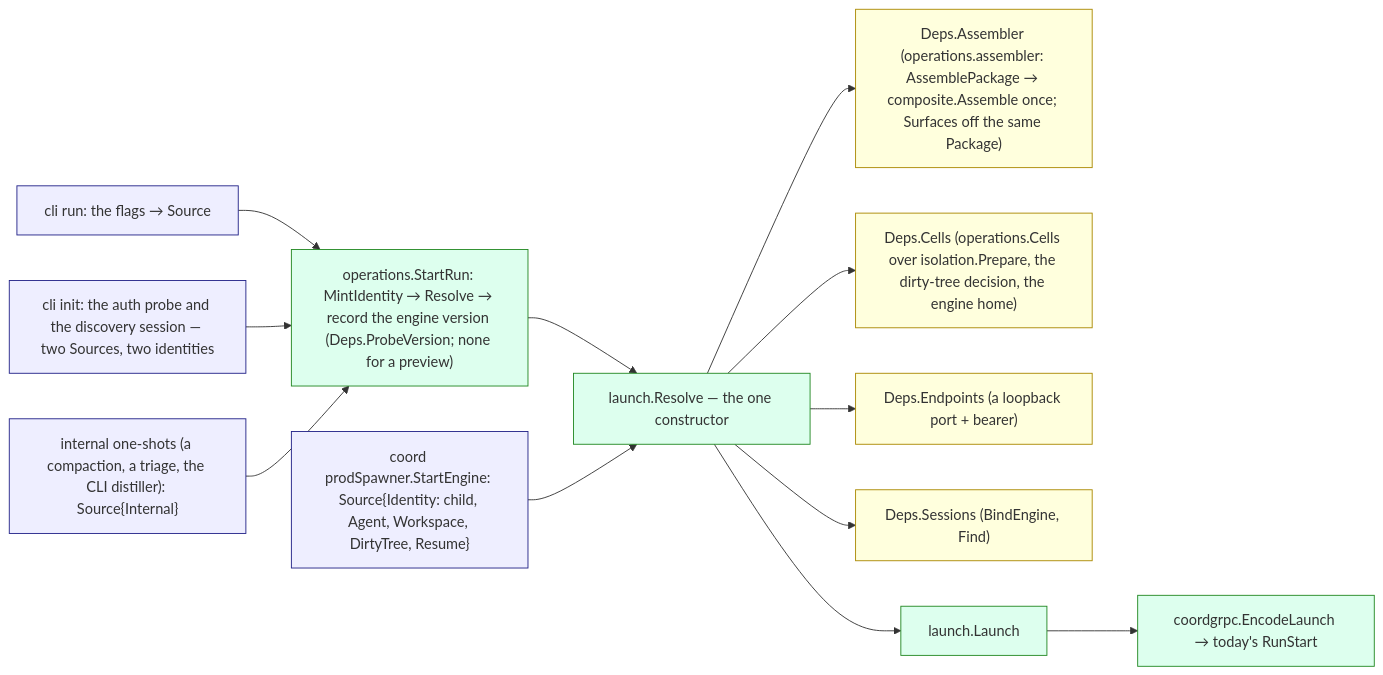
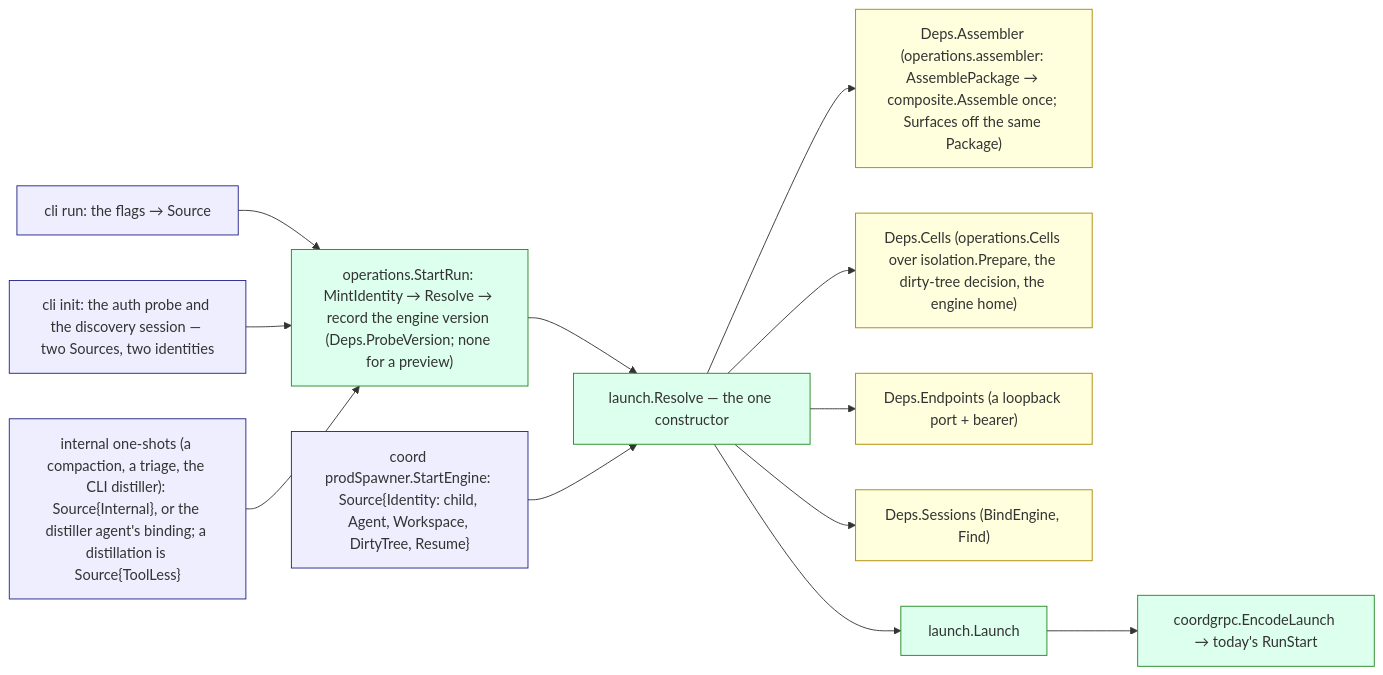
Before and after one commit to ctxloom/ctxloom: the diagram in docs/architecture/core/launch.md, drawn with Mermaid. The commit also changed other lines of this file and 5 other files, not shown here.

First line of the commit message:
docs: a distillation is tool-less, not plan; distill_live's opencode rows stay parked on the provider

````diff
--- a/docs/architecture/core/launch.md
+++ b/docs/architecture/core/launch.md
@@ -20,22 +20,22 @@
 ```mermaid
 flowchart LR
   classDef src fill:#eef,stroke:#228
   classDef core fill:#dfe,stroke:#282
   classDef port fill:#ffd,stroke:#a80
   RUN["cli run: the flags → Source"]:::src
   INIT["cli init: the auth probe and the discovery session — two Sources, two identities"]:::src
-  ONE["internal one-shots (a compaction, a triage, the CLI distiller): Source{Internal}"]:::src
+  ONE["internal one-shots (a compaction, a triage, the CLI distiller): Source{Internal}, or the distiller agent's binding; a distillation is Source{ToolLess}"]:::src
   SPAWN["coord prodSpawner.StartEngine: Source{Identity: child, Agent, Workspace, DirtyTree, Resume}"]:::src
   START["operations.StartRun: MintIdentity → Resolve → record the engine version (Deps.ProbeVersion; none for a preview)"]:::core
   RES["launch.Resolve — the one constructor"]:::core
   ASM["Deps.Assembler (operations.assembler: AssemblePackage → composite.Assemble once; Surfaces off the same Package)"]:::port
   CELLS["Deps.Cells (operations.Cells over isolation.Prepare, the dirty-tree decision, the engine home)"]:::port
   EPM["Deps.Endpoints (a loopback port + bearer)"]:::port
   STORE["Deps.Sessions (BindEngine, Find)"]:::port
   L["launch.Launch"]:::core
   ENC["coordgrpc.EncodeLaunch → today's RunStart"]:::core
   RUN & INIT & ONE --> START --> RES
   SPAWN --> RES
   RES --> ASM & CELLS & EPM & STORE
   RES --> L --> ENC
 ```
````
